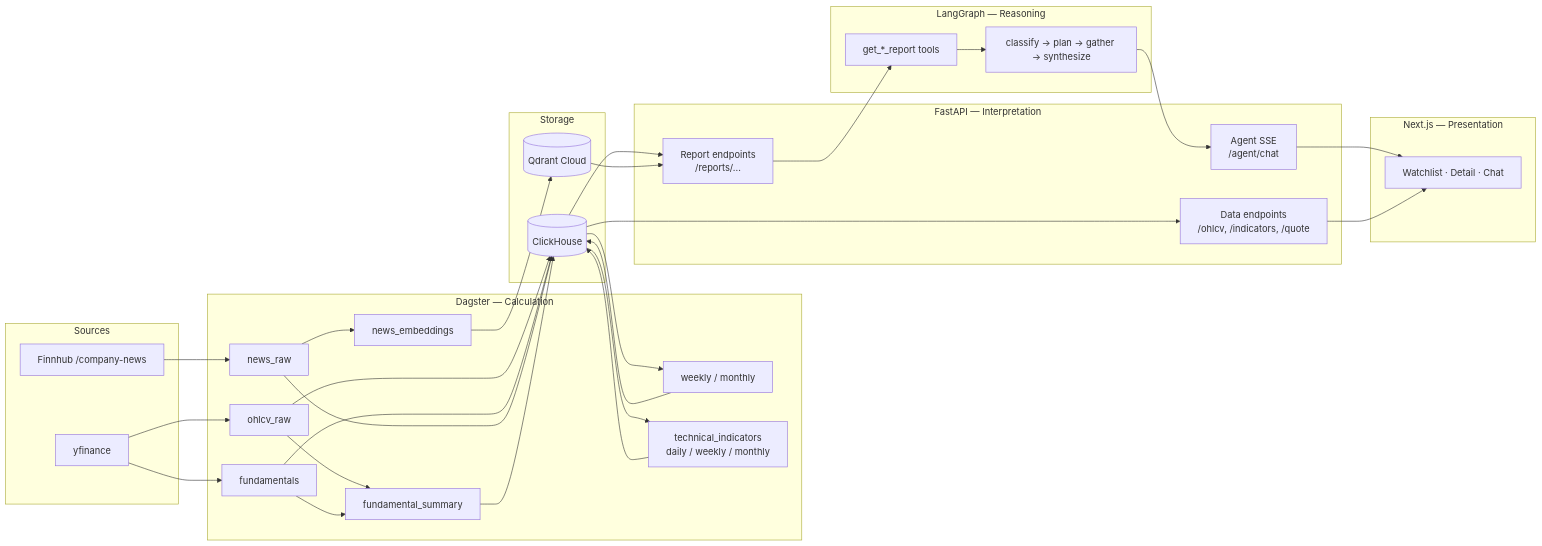
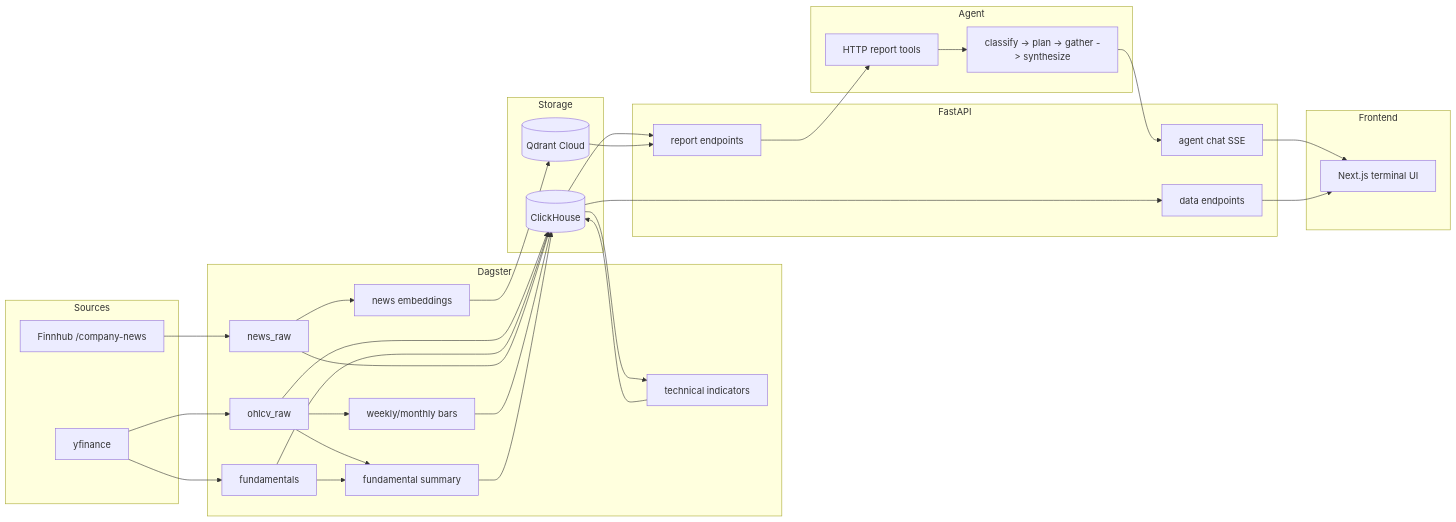
One commit to noahwins-ng/equity-data-agent changed the diagram in README.md. Above: the diagram before and after it, drawn with Mermaid. The commit also changed other lines of this file and 1 other file, not shown here.

````diff
--- a/README.md
+++ b/README.md
@@ -90,53 +99,53 @@
 ```mermaid
 graph LR
     subgraph Sources
         YF[yfinance]
         NEWS[Finnhub /company-news]
     end
 
-    subgraph "Dagster — Calculation"
+    subgraph Dagster
         OHLCV[ohlcv_raw]
         FUND[fundamentals]
-        AGG[weekly / monthly]
-        TECH[technical_indicators<br/>daily / weekly / monthly]
-        FSUM[fundamental_summary]
+        AGG[weekly/monthly bars]
+        TECH[technical indicators]
+        FSUM[fundamental summary]
         NRAW[news_raw]
-        EMB[news_embeddings]
+        EMB[news embeddings]
     end
 
     subgraph Storage
         CH[(ClickHouse)]
         QD[(Qdrant Cloud)]
     end
 
-    subgraph "FastAPI — Interpretation"
-        REP[Report endpoints<br/>/reports/...]
-        DAT[Data endpoints<br/>/ohlcv, /indicators, /quote]
-        SSE[Agent SSE<br/>/agent/chat]
+    subgraph FastAPI
+        REP[report endpoints]
+        DATA[data endpoints]
+        SSE[agent chat SSE]
     end
 
-    subgraph "LangGraph — Reasoning"
-        AGENT[classify → plan → gather → synthesize]
-        TOOLS[get_*_report tools]
+    subgraph Agent
+        GRAPH[classify -> plan -> gather -> synthesize]
+        TOOLS[HTTP report tools]
     end
 
-    subgraph "Next.js — Presentation"
-        FE[Watchlist · Detail · Chat]
+    subgraph Frontend
+        UI[Next.js terminal UI]
     end
 
     YF --> OHLCV --> CH
     YF --> FUND --> CH
     NEWS --> NRAW --> CH
     NRAW --> EMB --> QD
-    CH --> AGG --> CH
+    OHLCV --> AGG --> CH
     CH --> TECH --> CH
     OHLCV --> FSUM
     FUND --> FSUM
     FSUM --> CH
     CH --> REP
-    CH --> DAT
+    CH --> DATA
     QD --> REP
-    REP --> TOOLS --> AGENT
-    AGENT --> SSE --> FE
-    DAT --> FE
+    REP --> TOOLS --> GRAPH
+    GRAPH --> SSE --> UI
+    DATA --> UI
 ```
````
